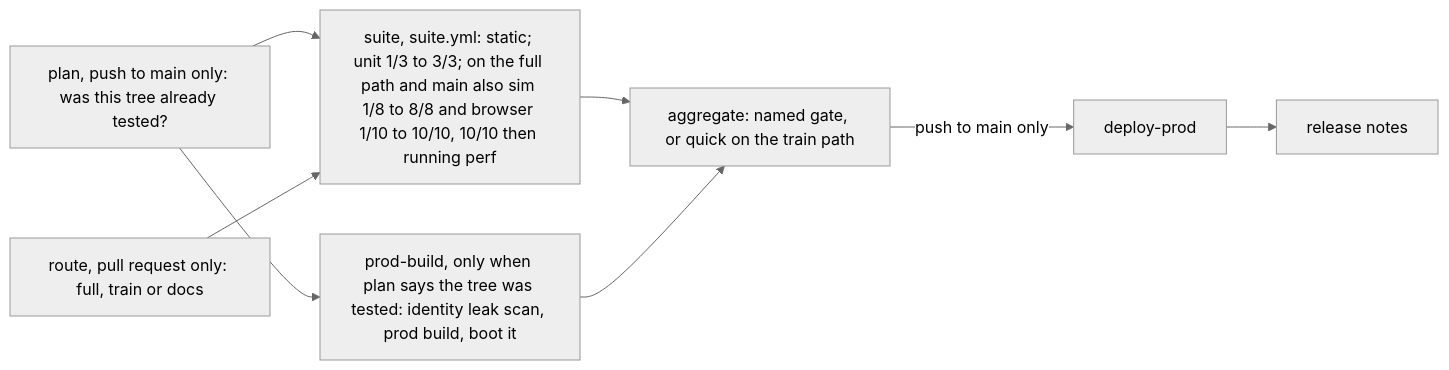
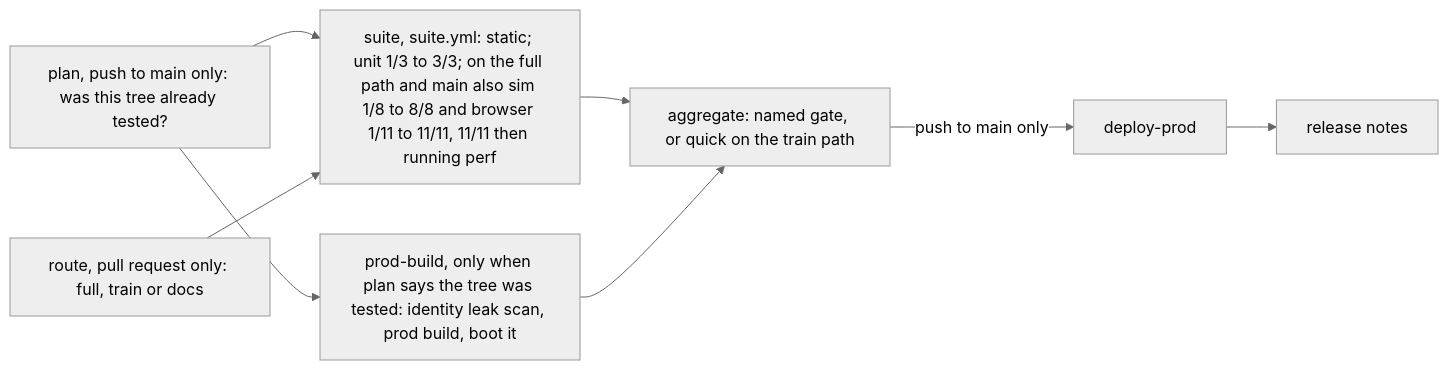
The diagram in docs/engineering.md (joshuasundance-swca/throttlebrawl), drawn with Mermaid (neutral theme) before and after one commit. The commit also changed other lines of this file and 6 other files, not shown here.

````diff
--- a/docs/engineering.md
+++ b/docs/engineering.md
@@ -294,9 +294,9 @@
 ```mermaid
 flowchart LR
   P[plan, push to main only: was this tree already tested?] --> SU & B
   RT[route, pull request only: full, train or docs] --> SU
-  SU[suite, suite.yml: static; unit 1/3 to 3/3; on the full path and main also sim 1/8 to 8/8 and browser 1/10 to 10/10, 10/10 then running perf] --> G
+  SU[suite, suite.yml: static; unit 1/3 to 3/3; on the full path and main also sim 1/8 to 8/8 and browser 1/11 to 11/11, 11/11 then running perf] --> G
   B[prod-build, only when plan says the tree was tested: identity leak scan, prod build, boot it] --> G
   G[aggregate: named gate, or quick on the train path] -->|push to main only| D[deploy-prod]
   D --> R[release notes]
 ```
````
